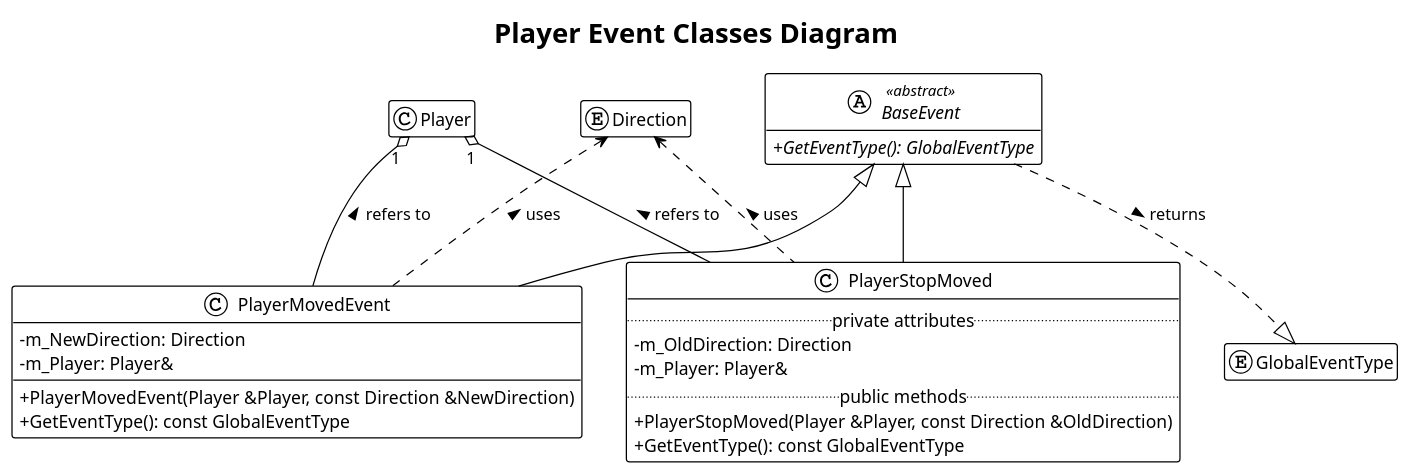
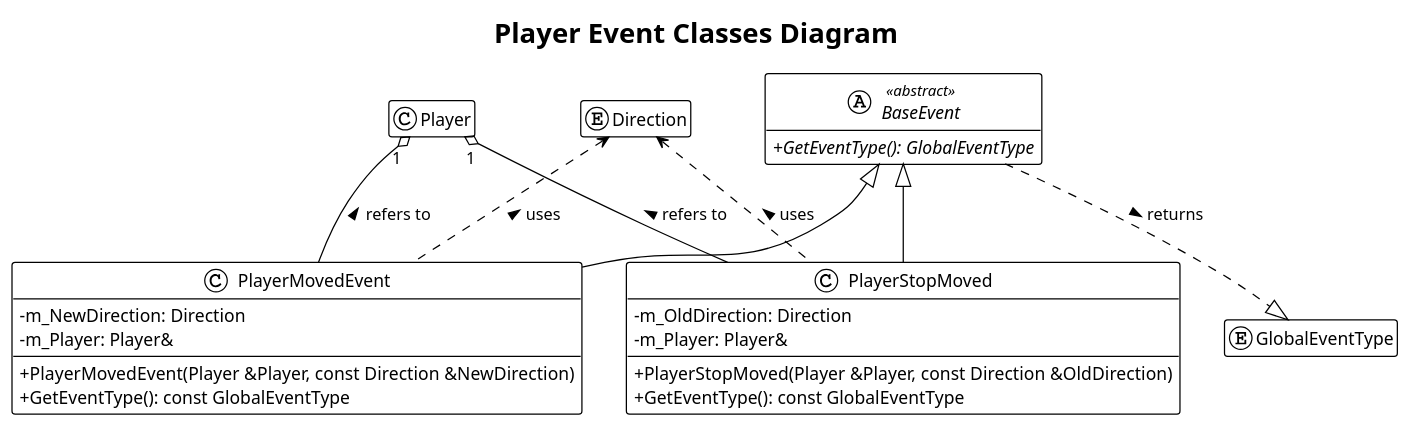
Before and after one commit to NgTHung/ClashOfNotelek_s: the diagram in uml/Event/PlayerEvent.puml, drawn with PlantUML. The commit also changed 11 other files, not shown here.

```diff
--- a/uml/Event/PlayerEvent.puml
+++ b/uml/Event/PlayerEvent.puml
@@ -1,61 +1,60 @@
 @startuml
 !theme plain
 title Player Event Classes Diagram
 
 ' Settings for better readability
 skinparam classAttributeIconSize 0
 hide empty members
 
 ' --- Core Event System ---
 
 enum GlobalEventType
 abstract class BaseEvent <<abstract>> {
     + {abstract} GetEventType(): GlobalEventType
 }
 
 
 ' --- Game Specific Classes & Enums ---
 
 enum Direction
 class Player
 
 ' --- The Concrete Player Event Classes ---
     class PlayerMovedEvent {
         - m_NewDirection: Direction
         - m_Player: Player&
         --
         + PlayerMovedEvent(Player &Player, const Direction &NewDirection)
         + GetEventType(): const GlobalEventType
     }
 
     class PlayerStopMoved {
-        .. private attributes ..
         - m_OldDirection: Direction
         - m_Player: Player&
-        .. public methods ..
+        --
         + PlayerStopMoved(Player &Player, const Direction &OldDirection)
         + GetEventType(): const GlobalEventType
     }
 
 
 ' --- RELATIONSHIPS ---
 
 ' ==> Inheritance (Is-A relationship)
 ' Both classes are concrete implementations of BaseEvent.
 BaseEvent <|-- PlayerMovedEvent
 BaseEvent <|-- PlayerStopMoved
 
 ' ==> Association (Refers-To relationship)
 ' Both event classes hold a non-owning reference to a Player.
 ' This is best represented as an association with a hollow circle (aggregation) or a directed arrow.
 PlayerMovedEvent -u-o "1" Player : refers to >
 PlayerStopMoved -u-o "1" Player : refers to >
 
 ' ==> Dependency (Uses-A relationship)
 ' The events use the Direction enum as part of their data.
 PlayerMovedEvent .u.> Direction : uses >
 PlayerStopMoved .u.> Direction : uses >
 
 BaseEvent ..|> GlobalEventType : returns >
 
 @enduml
```
